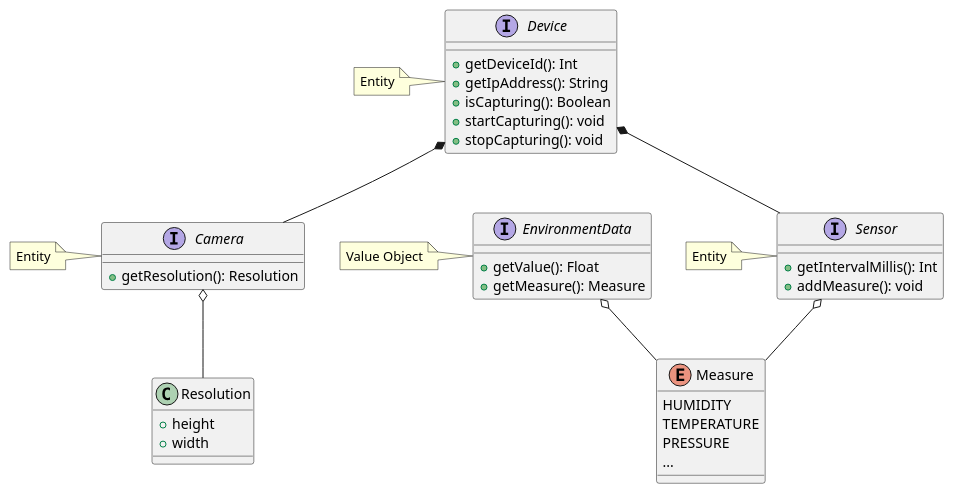
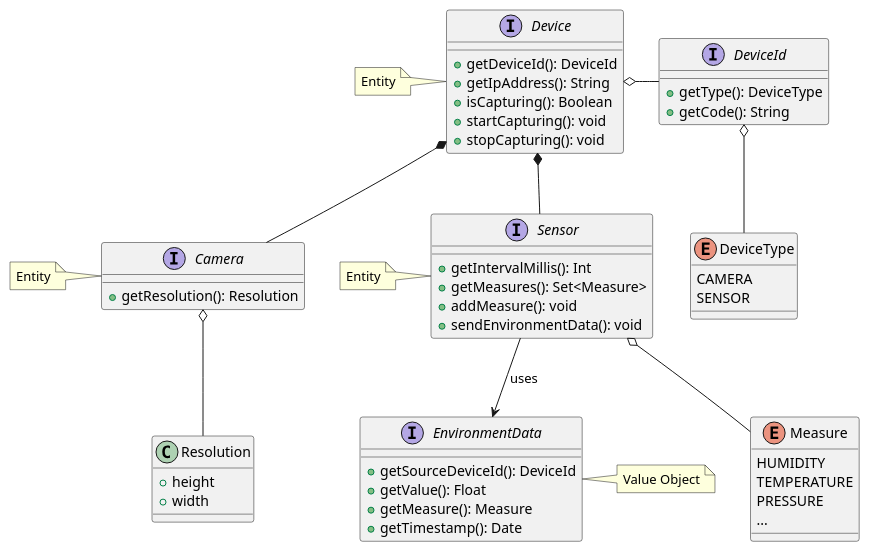
One commit to revue-org/revue changed the diagram in report/uml/domain/Device.puml. Above: the diagram before and after it, drawn with PlantUML. The commit also changed 3 other files, not shown here.

Commit message:
docs: modify domain uml

```diff
--- a/report/uml/domain/Device.puml
+++ b/report/uml/domain/Device.puml
@@ -1,56 +1,65 @@
 @startuml
 
+enum DeviceType {
+  CAMERA
+  SENSOR
+}
+
+interface DeviceId {
+ + getType(): DeviceType
+ + getCode(): String
+}
+DeviceId o-- DeviceType
 
 interface Device {
- + getDeviceId(): Int
+ + getDeviceId(): DeviceId
  + getIpAddress(): String
  + isCapturing(): Boolean
  + startCapturing(): void
  + stopCapturing(): void
 }
+Device o-right- DeviceId
 
 note left: Entity
 
 interface Camera {
  + getResolution(): Resolution
 }
-
 note left: Entity
+Camera o-- Resolution
+Device *-- Camera
+Device *-- Sensor
 
 interface Sensor {
  + getIntervalMillis(): Int
+ + getMeasures(): Set<Measure>
  + addMeasure(): void
+ + sendEnvironmentData(): void
+}
+note left: Entity
+Sensor --> EnvironmentData : uses
+Sensor o-- Measure
+
+
+interface EnvironmentData {
+ + getSourceDeviceId(): DeviceId
+ + getValue(): Float
+ + getMeasure(): Measure
+ + getTimestamp(): Date
 }
 
-note left: Entity
-
-Device *-- Camera
-Device *-- Sensor
+note right: Value Object
 
 class Resolution {
  + height
  + width
 }
-
-Camera o-- Resolution
-
 
 enum Measure {
  HUMIDITY
  TEMPERATURE
  PRESSURE
  ...
 }
 
-interface EnvironmentData {
- + getValue(): Float
- + getMeasure(): Measure
-}
-
-note left: Value Object
-
-
-EnvironmentData o-- Measure
-Sensor o-- Measure
-
 @enduml
```
